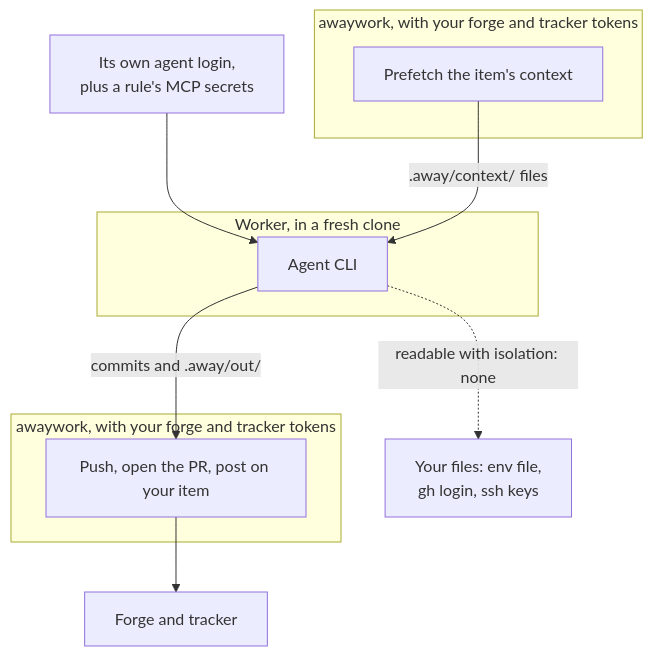
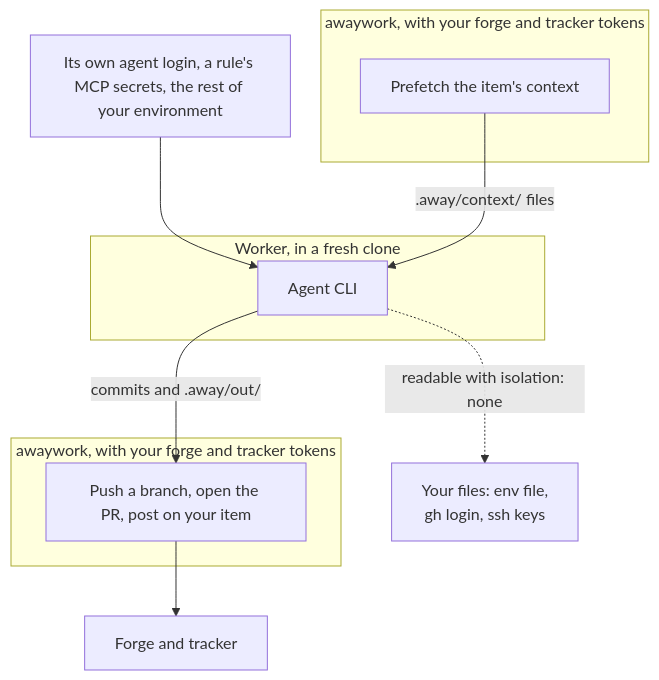
Before and after one commit to AndreaProvenzale/awaywork: the diagram in docs/guide/safety.md, drawn with Mermaid. The commit also changed 4 other files, not shown here.

Commit message:
Say where model calls run in the diagrams, and name the first-match exceptions

````diff
--- a/docs/guide/safety.md
+++ b/docs/guide/safety.md
@@ -22,17 +22,17 @@
 ```mermaid
 flowchart TD
   subgraph before["awaywork, with your forge and tracker tokens"]
     prefetch["Prefetch the item's context"]
   end
   subgraph worker["Worker, in a fresh clone"]
     agent["Agent CLI"]
   end
   subgraph after["awaywork, with your forge and tracker tokens"]
-    publish["Push, open the PR, post on your item"]
+    publish["Push a branch, open the PR, post on your item"]
   end
-  login["Its own agent login,<br/>plus a rule's MCP secrets"] --> agent
+  login["Its own agent login, a rule's MCP secrets, the rest of your environment"] --> agent
   prefetch -- ".away/context/ files" --> agent
   agent -- "commits and .away/out/" --> publish
   publish --> forge["Forge and tracker"]
   agent -. "readable with isolation: none" .-> home["Your files: env file,<br/>gh login, ssh keys"]
 ```
````
